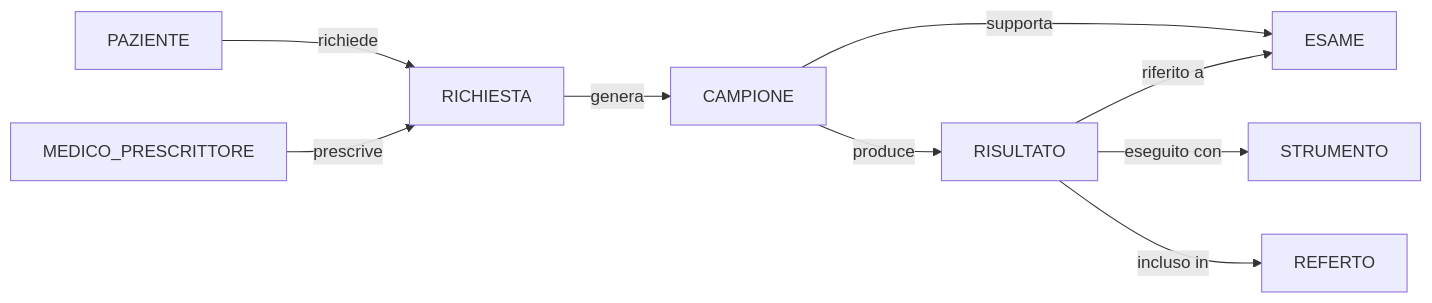
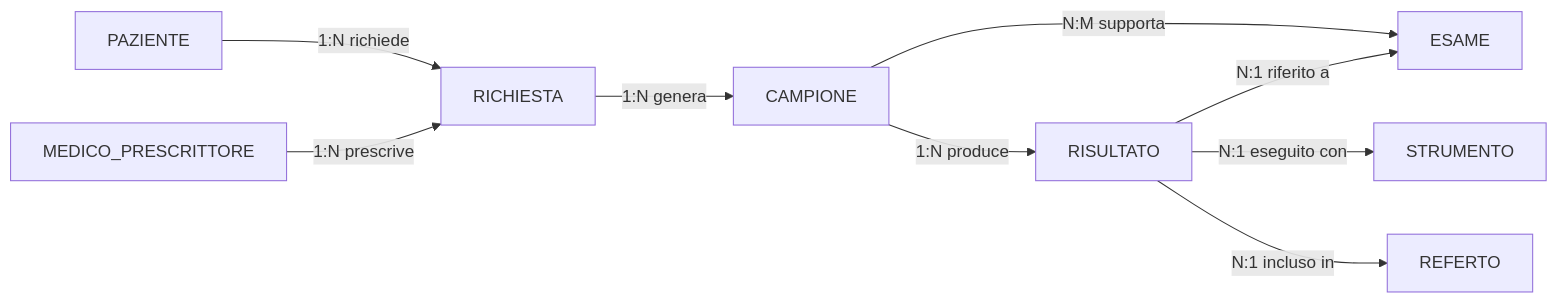
The third of 4 diagrams in 08-progettazione-er/esercizi/02-esercizio-laboratorio-analisi.md (lucadagati/Lab_Fondamenti_di_Informatica_25_26), drawn with Mermaid before and after one commit. The commit also changed other lines of this file and 60 other files, not shown here.

Commit message:
Add Chen ER step-by-step draw.io diagrams and fix layout

````diff
--- a/08-progettazione-er/esercizi/02-esercizio-laboratorio-analisi.md
+++ b/08-progettazione-er/esercizi/02-esercizio-laboratorio-analisi.md
@@ -90,11 +90,11 @@
 ```mermaid
 flowchart LR
-    P[PAZIENTE] -->|richiede| R[RICHIESTA]
-    MP[MEDICO_PRESCRITTORE] -->|prescrive| R
-    R -->|genera| C[CAMPIONE]
-    C -->|supporta| E[ESAME]
-    C -->|produce| RS[RISULTATO]
-    RS -->|riferito a| E
-    RS -->|eseguito con| ST[STRUMENTO]
-    RS -->|incluso in| RF[REFERTO]
+    P[PAZIENTE] -->|1:N richiede| R[RICHIESTA]
+    MP[MEDICO_PRESCRITTORE] -->|1:N prescrive| R
+    R -->|1:N genera| C[CAMPIONE]
+    C -->|N:M supporta| E[ESAME]
+    C -->|1:N produce| RS[RISULTATO]
+    RS -->|N:1 riferito a| E
+    RS -->|N:1 eseguito con| ST[STRUMENTO]
+    RS -->|N:1 incluso in| RF[REFERTO]
 ```
````
